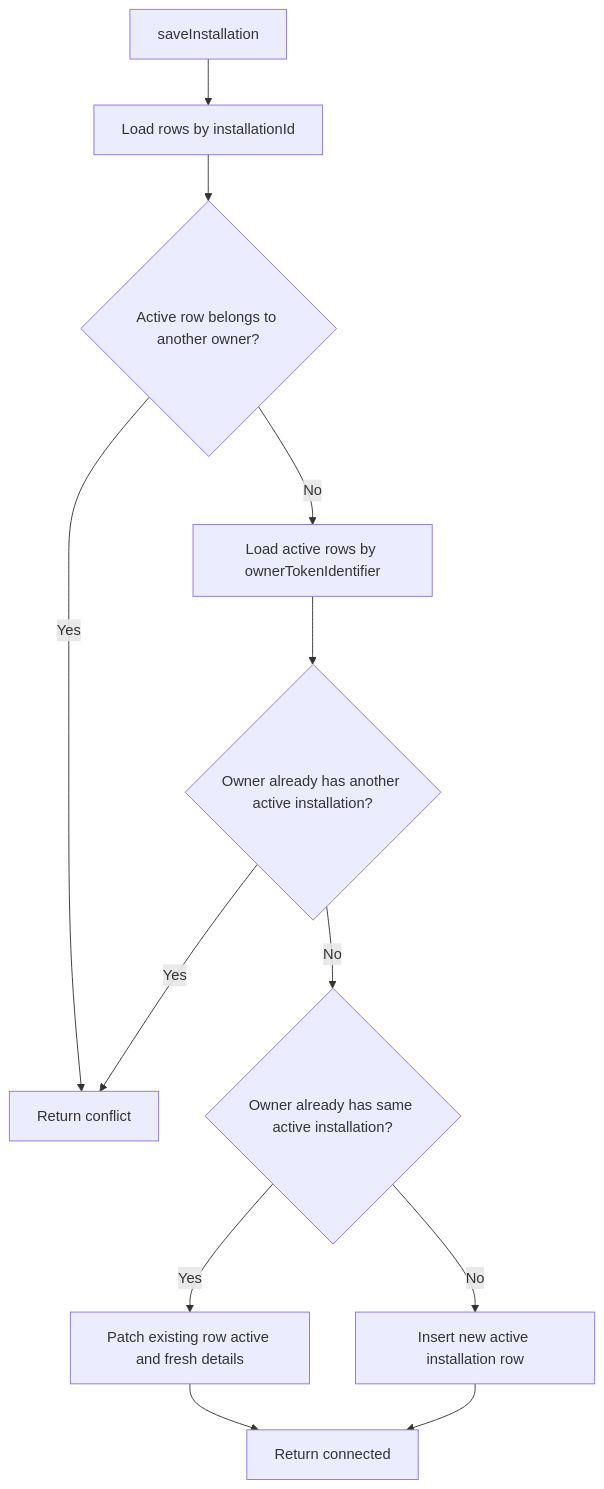
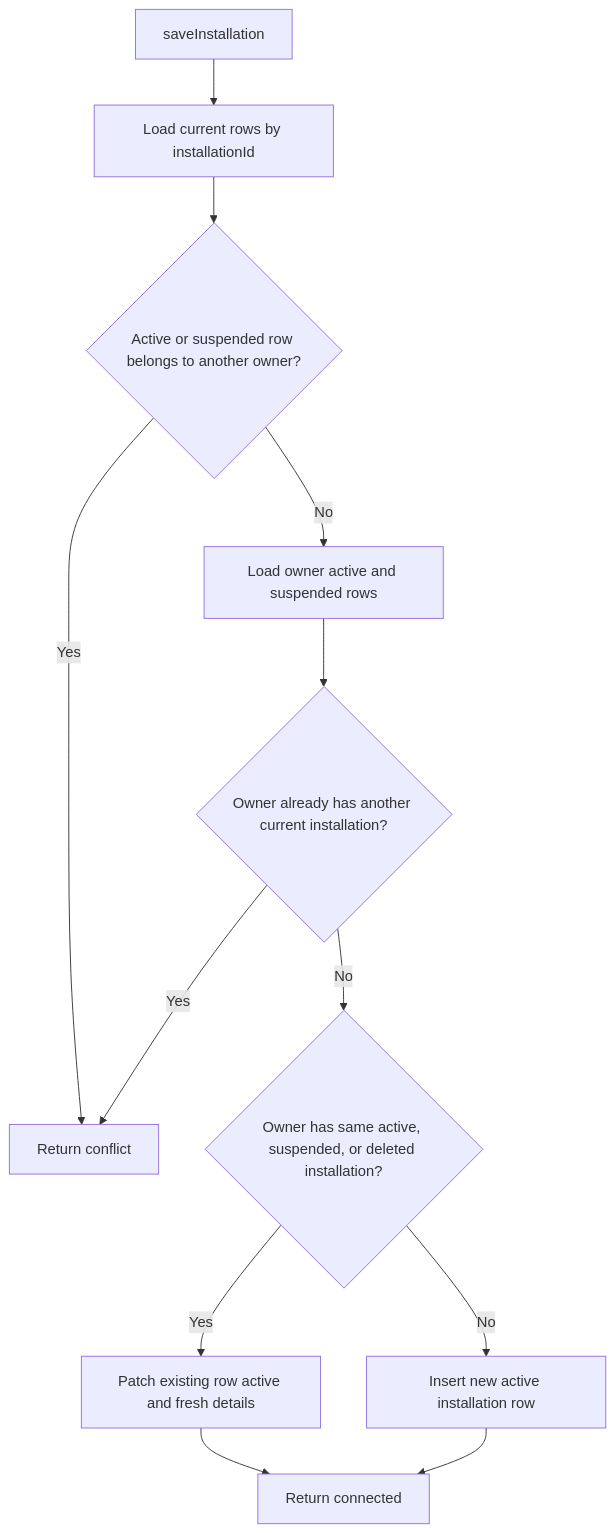
The eighth of 18 diagrams in docs/github-app-integration-system-design.md (EricTsai83/systify), drawn with Mermaid before and after one commit. The commit also changed other lines of this file and 12 other files, not shown here.

````diff
--- a/docs/github-app-integration-system-design.md
+++ b/docs/github-app-integration-system-design.md
@@ -310,25 +310,25 @@
 ```mermaid
 flowchart TD
   Save[saveInstallation]
-  SameInstallationRows[Load rows by installationId]
-  ForeignActive{Active row belongs to another owner?}
-  OwnerActiveRows[Load active rows by ownerTokenIdentifier]
-  OtherOwnerInstallation{Owner already has another active installation?}
-  SameActive{Owner already has same active installation?}
+  SameInstallationRows[Load current rows by installationId]
+  ForeignCurrent{Active or suspended row belongs to another owner?}
+  OwnerCurrentRows[Load owner active and suspended rows]
+  OtherOwnerInstallation{Owner already has another current installation?}
+  SameOwnedRow{Owner has same active, suspended, or deleted installation?}
   Patch[Patch existing row active and fresh details]
   Insert[Insert new active installation row]
   Conflict[Return conflict]
   Connected[Return connected]
 
   Save --> SameInstallationRows
-  SameInstallationRows --> ForeignActive
-  ForeignActive -->|Yes| Conflict
-  ForeignActive -->|No| OwnerActiveRows
-  OwnerActiveRows --> OtherOwnerInstallation
+  SameInstallationRows --> ForeignCurrent
+  ForeignCurrent -->|Yes| Conflict
+  ForeignCurrent -->|No| OwnerCurrentRows
+  OwnerCurrentRows --> OtherOwnerInstallation
   OtherOwnerInstallation -->|Yes| Conflict
-  OtherOwnerInstallation -->|No| SameActive
-  SameActive -->|Yes| Patch
-  SameActive -->|No| Insert
+  OtherOwnerInstallation -->|No| SameOwnedRow
+  SameOwnedRow -->|Yes| Patch
+  SameOwnedRow -->|No| Insert
   Patch --> Connected
   Insert --> Connected
 ```
````
